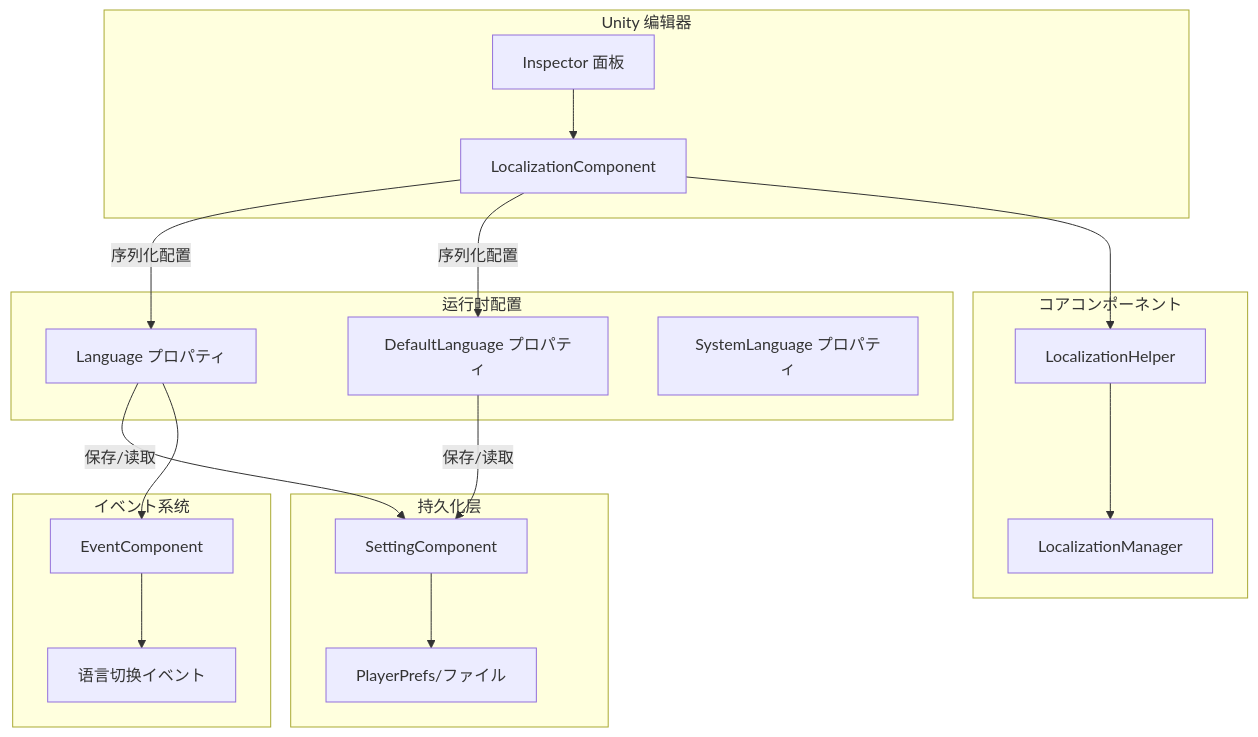
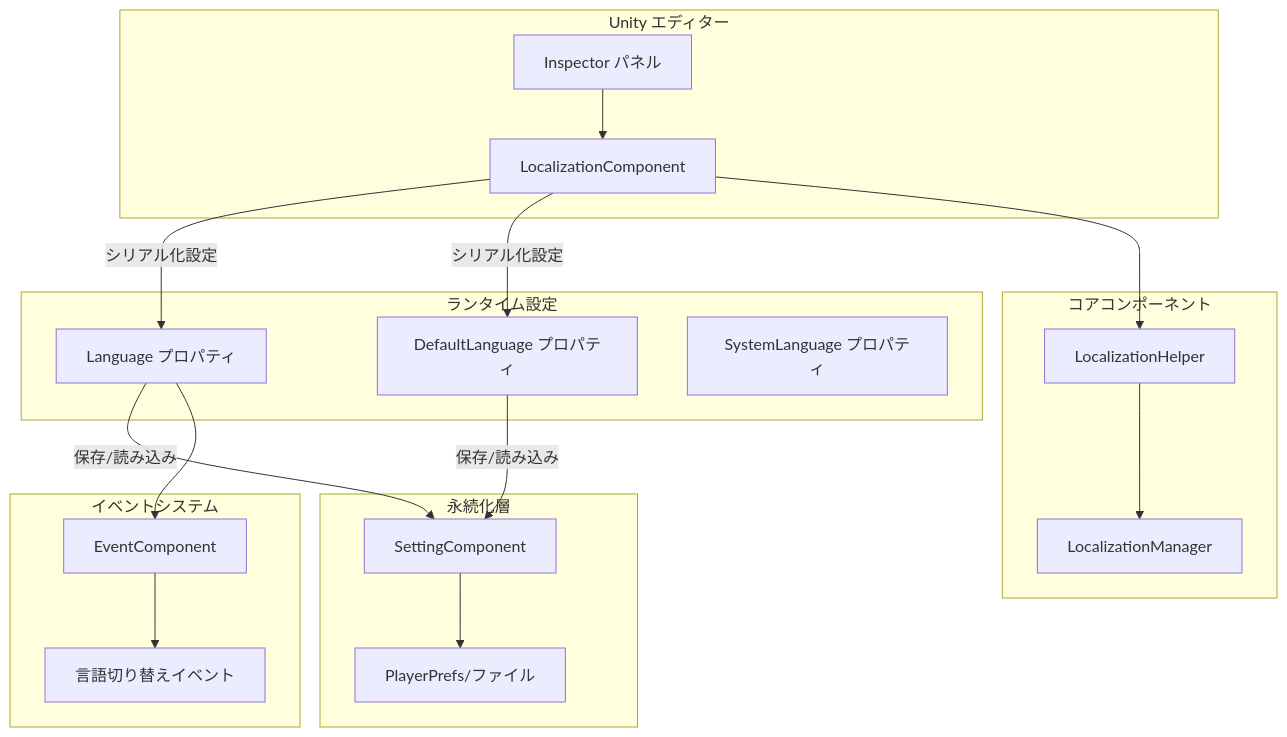
Before and after one commit to AlianBlank/GameFrameX.Docs: the second of 2 diagrams in docs/ja/client/unity/component/localization/07.configuration.md, drawn with Mermaid. The commit also changed other lines of this file and 320 other files, not shown here.

````diff
--- a/docs/ja/client/unity/component/localization/07.configuration.md
+++ b/docs/ja/client/unity/component/localization/07.configuration.md
@@ -262,39 +262,39 @@
 ```mermaid
 graph TB
-    subgraph UnityInspector["Unity 编辑器"]
+    subgraph UnityInspector["Unity エディター"]
         LC[LocalizationComponent]
-        Inspector[Inspector 面板]
+        Inspector[Inspector パネル]
     end
 
-    subgraph 配置プロパティ["运行时配置"]
+    subgraph 配置プロパティ["ランタイム設定"]
         Lang[Language プロパティ]
         DefaultLang[DefaultLanguage プロパティ]
         SysLang[SystemLanguage プロパティ]
     end
 
     subgraph コアコンポーネント["コアコンポーネント"]
         LM[LocalizationManager]
         LH[LocalizationHelper]
     end
 
-    subgraph 持久化["持久化层"]
+    subgraph 持久化["永続化層"]
         SC[SettingComponent]
         PP[PlayerPrefs/ファイル]
     end
 
-    subgraph イベント系统["イベント系统"]
+    subgraph イベント系统["イベントシステム"]
         Evt[EventComponent]
-        ChangeEvent[语言切换イベント]
+        ChangeEvent[言語切り替えイベント]
     end
 
     Inspector --> LC
-    LC -->|序列化配置| Lang
-    LC -->|序列化配置| DefaultLang
+    LC -->|シリアル化設定| Lang
+    LC -->|シリアル化設定| DefaultLang
     LC --> LH
     LH --> LM
-    Lang -->|保存/读取| SC
-    DefaultLang -->|保存/读取| SC
+    Lang -->|保存/読み込み| SC
+    DefaultLang -->|保存/読み込み| SC
     SC --> PP
     Lang --> Evt
     Evt --> ChangeEvent
 ```
````
